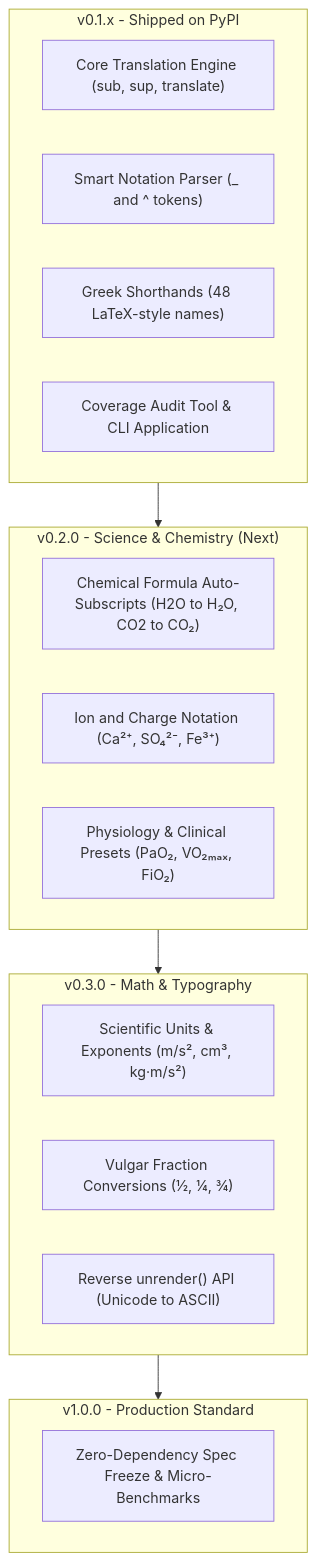
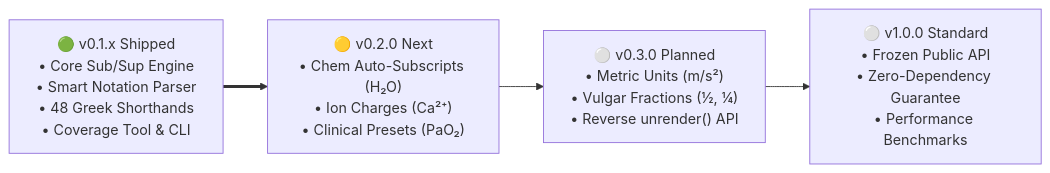
One commit to ahmadw13/uniscript changed the second of 2 diagrams in README.md. Above: the diagram before and after it, drawn with Mermaid. The commit also changed other lines of this file, not shown here.

Commit message:
docs: add How It Works pipeline and horizontal Mermaid roadmap

````diff
--- a/README.md
+++ b/README.md
@@ -173,27 +183,9 @@
 ```mermaid
-flowchart TD
-    subgraph M1["v0.1.x - Shipped on PyPI"]
-        A["Core Translation Engine (sub, sup, translate)"]
-        B["Smart Notation Parser (_ and ^ tokens)"]
-        C["Greek Shorthands (48 LaTeX-style names)"]
-        D["Coverage Audit Tool & CLI Application"]
-    end
+flowchart LR
+    M1["🟢 v0.1.x Shipped<br/>• Core Sub/Sup Engine<br/>• Smart Notation Parser<br/>• 48 Greek Shorthands<br/>• Coverage Tool & CLI"]
+    M2["🟡 v0.2.0 Next<br/>• Chem Auto-Subscripts (H₂O)<br/>• Ion Charges (Ca²⁺)<br/>• Clinical Presets (PaO₂)"]
+    M3["⚪ v0.3.0 Planned<br/>• Metric Units (m/s²)<br/>• Vulgar Fractions (½, ¼)<br/>• Reverse unrender() API"]
+    M4["⚪ v1.0.0 Standard<br/>• Frozen Public API<br/>• Zero-Dependency Guarantee<br/>• Performance Benchmarks"]
 
-    subgraph M2["v0.2.0 - Science & Chemistry (Next)"]
-        E["Chemical Formula Auto-Subscripts (H2O to H₂O, CO2 to CO₂)"]
-        F["Ion and Charge Notation (Ca²⁺, SO₄²⁻, Fe³⁺)"]
-        G["Physiology & Clinical Presets (PaO₂, VO₂ₘₐₓ, FiO₂)"]
-    end
-
-    subgraph M3["v0.3.0 - Math & Typography"]
-        H["Scientific Units & Exponents (m/s², cm³, kg·m/s²)"]
-        I["Vulgar Fraction Conversions (½, ¼, ¾)"]
-        J["Reverse unrender() API (Unicode to ASCII)"]
-    end
-
-    subgraph M4["v1.0.0 - Production Standard"]
-        K["Zero-Dependency Spec Freeze & Micro-Benchmarks"]
-    end
-
-    M1 --> M2 --> M3 --> M4
+    M1 ==> M2 --> M3 --> M4
 ```
````
